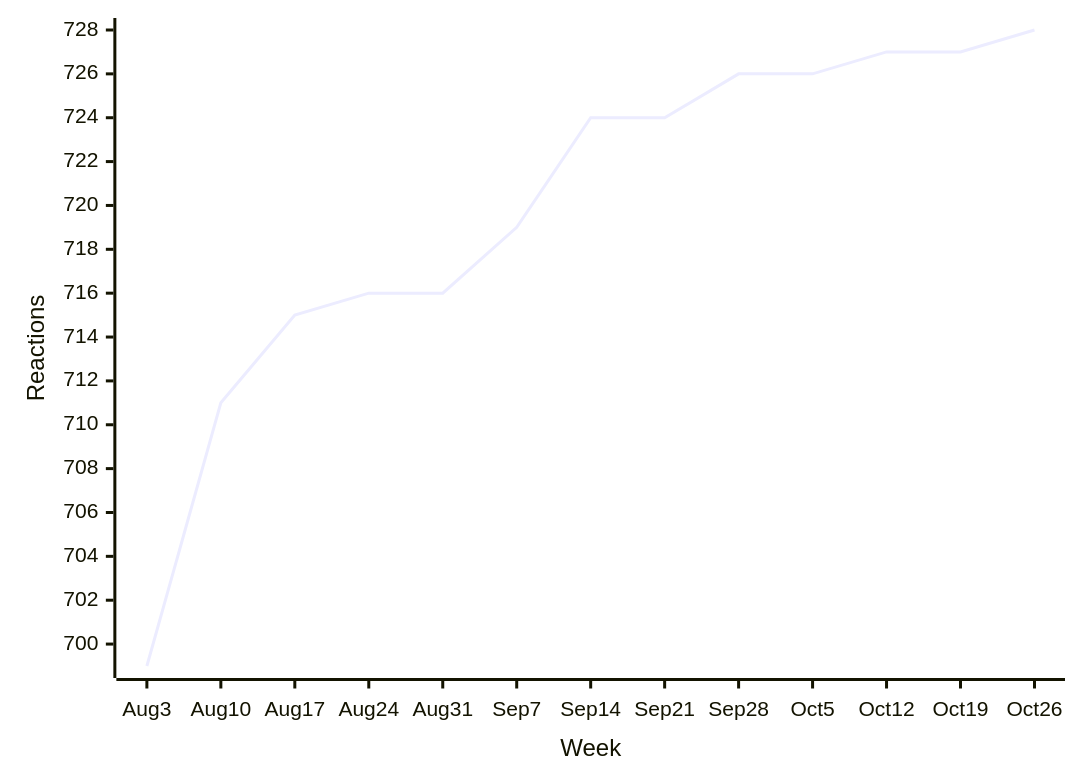
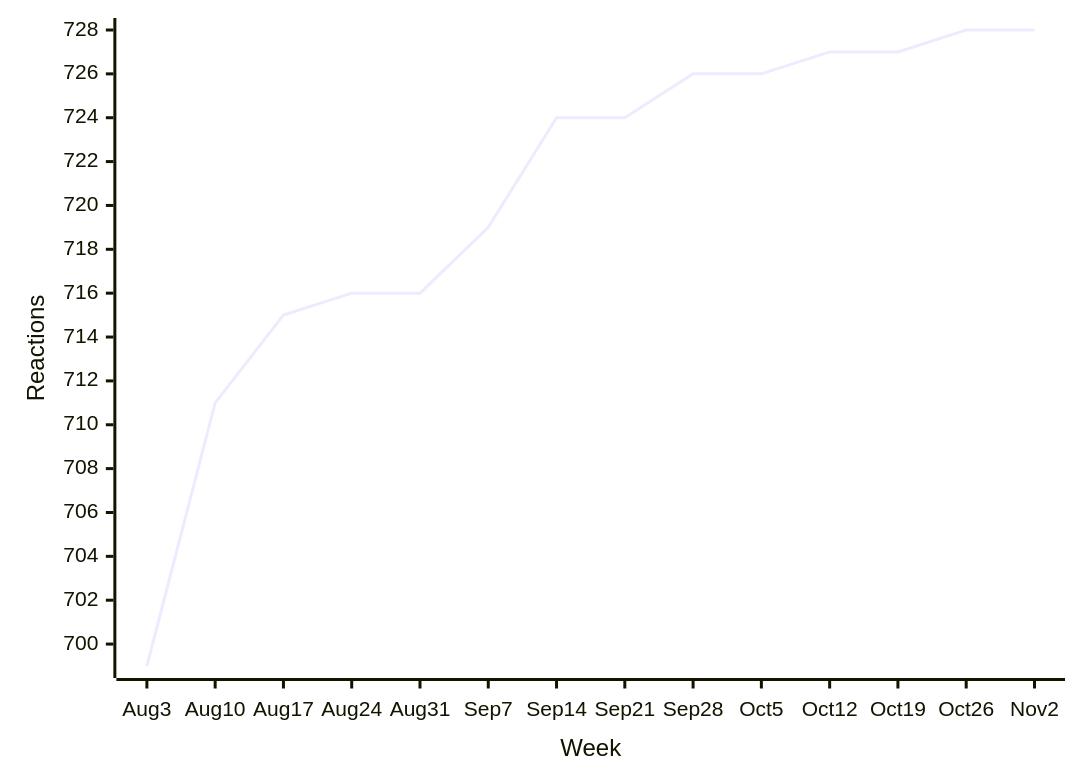
One commit to loic-sharma/github-insights changed the first of 38 diagrams in README.md. Above: the diagram before and after it, drawn with Mermaid. The commit also changed other lines of this file and 3 other files, not shown here.

````diff
--- a/README.md
+++ b/README.md
@@ -324,6 +324,6 @@
   ```mermaid
   xychart-beta
-    x-axis "Week" [Aug 3, Aug 10, Aug 17, Aug 24, Aug 31, Sep 7, Sep 14, Sep 21, Sep 28, Oct 5, Oct 12, Oct 19, Oct 26]
+    x-axis "Week" [Aug 3, Aug 10, Aug 17, Aug 24, Aug 31, Sep 7, Sep 14, Sep 21, Sep 28, Oct 5, Oct 12, Oct 19, Oct 26, Nov 2]
     y-axis "Reactions"
-    line [699, 711, 715, 716, 716, 719, 724, 724, 726, 726, 727, 727, 728]
+    line [699, 711, 715, 716, 716, 719, 724, 724, 726, 726, 727, 727, 728, 728]
   ```
````
